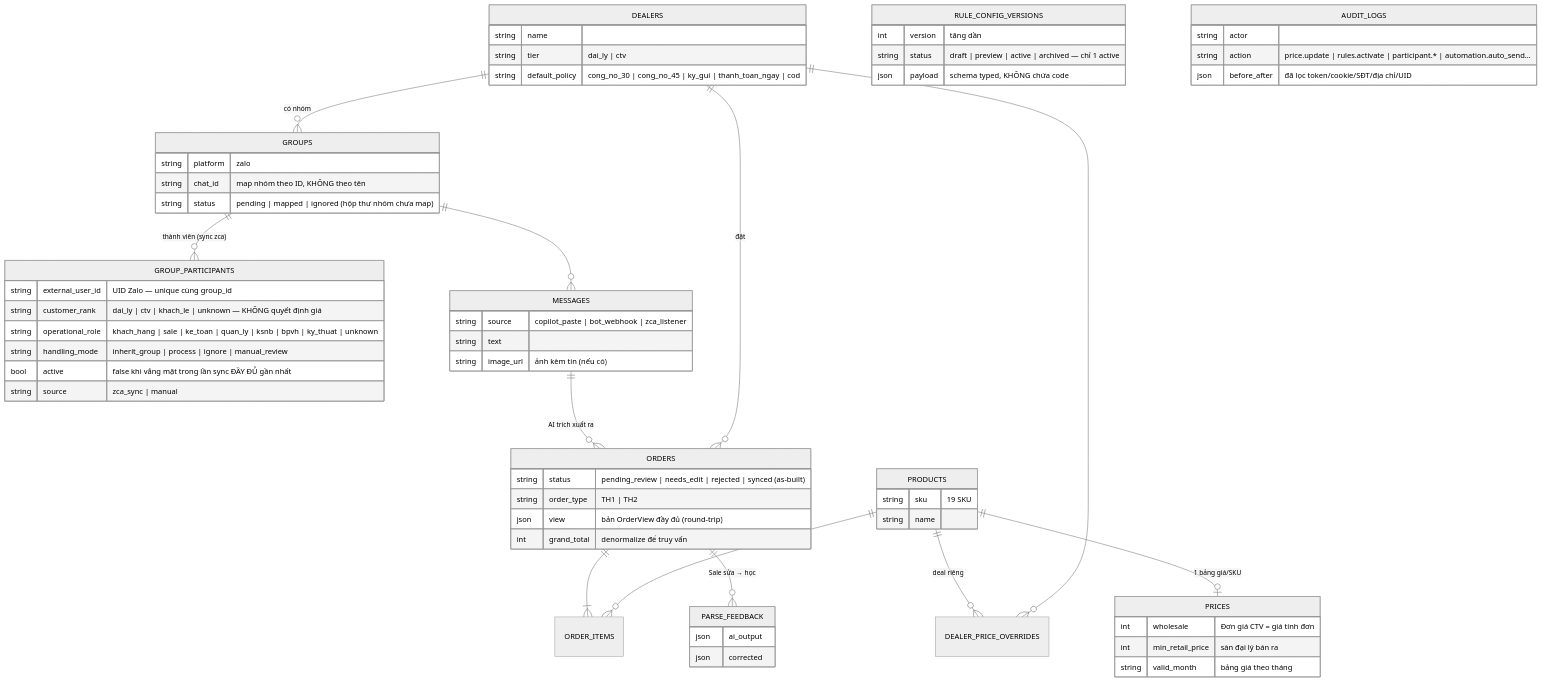
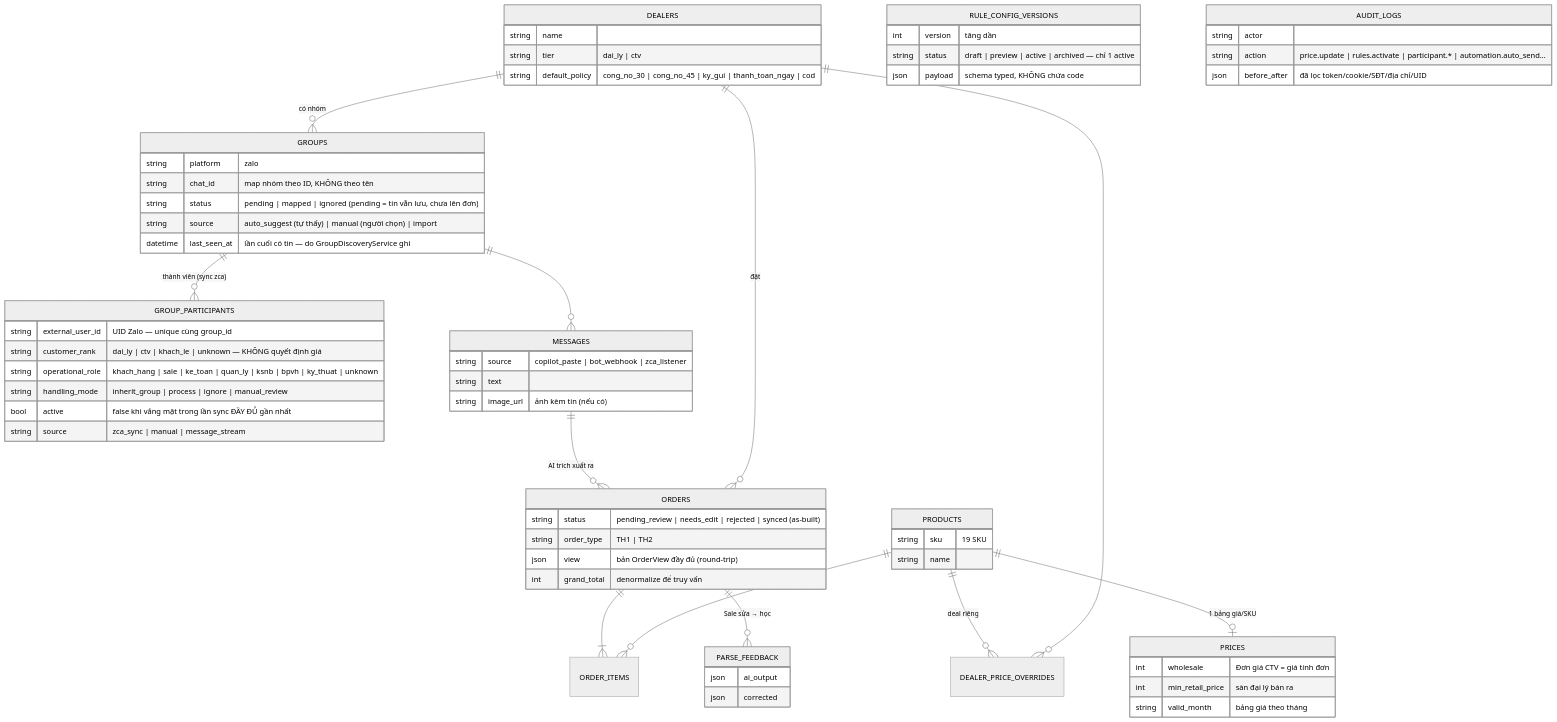
One commit to phungtienviet14-sketch/nexagnet-platform changed the tenth of 12 diagrams in docs/so-do-he-thong.md. Above: the diagram before and after it, drawn with Mermaid (neutral theme). The commit also changed other lines of this file and 1 other file, not shown here.

First line of the commit message:
docs: ghi lai dot khai thac hai kenh hybrid va duong vong danh sach thanh vien

````diff
--- a/docs/so-do-he-thong.md
+++ b/docs/so-do-he-thong.md
@@ -390,67 +404,69 @@
 ```mermaid
 erDiagram
     DEALERS ||--o{ GROUPS : "có nhóm"
     GROUPS ||--o{ GROUP_PARTICIPANTS : "thành viên (sync zca)"
     GROUPS ||--o{ MESSAGES : ""
     MESSAGES ||--o{ ORDERS : "AI trích xuất ra"
     ORDERS ||--|{ ORDER_ITEMS : ""
     PRODUCTS ||--o{ ORDER_ITEMS : ""
     PRODUCTS ||--o| PRICES : "1 bảng giá/SKU"
     PRODUCTS ||--o{ DEALER_PRICE_OVERRIDES : "deal riêng"
     DEALERS ||--o{ DEALER_PRICE_OVERRIDES : ""
     DEALERS ||--o{ ORDERS : "đặt"
     ORDERS ||--o{ PARSE_FEEDBACK : "Sale sửa → học"
 
     DEALERS {
         string name
         string tier "dai_ly | ctv"
         string default_policy "cong_no_30 | cong_no_45 | ky_gui | thanh_toan_ngay | cod"
     }
     GROUPS {
         string platform "zalo"
         string chat_id "map nhóm theo ID, KHÔNG theo tên"
-        string status "pending | mapped | ignored (hộp thư nhóm chưa map)"
+        string status "pending | mapped | ignored (pending = tin vẫn lưu, chưa lên đơn)"
+        string source "auto_suggest (tự thấy) | manual (người chọn) | import"
+        datetime last_seen_at "lần cuối có tin — do GroupDiscoveryService ghi"
     }
     MESSAGES {
         string source "copilot_paste | bot_webhook | zca_listener"
         string text
         string image_url "ảnh kèm tin (nếu có)"
     }
     ORDERS {
         string status "pending_review | needs_edit | rejected | synced (as-built)"
         string order_type "TH1 | TH2"
         json view "bản OrderView đầy đủ (round-trip)"
         int grand_total "denormalize để truy vấn"
     }
     PRODUCTS {
         string sku "19 SKU"
         string name
     }
     PRICES {
         int wholesale "Đơn giá CTV = giá tính đơn"
         int min_retail_price "sàn đại lý bán ra"
         string valid_month "bảng giá theo tháng"
     }
     GROUP_PARTICIPANTS {
         string external_user_id "UID Zalo — unique cùng group_id"
         string customer_rank "dai_ly | ctv | khach_le | unknown — KHÔNG quyết định giá"
         string operational_role "khach_hang | sale | ke_toan | quan_ly | ksnb | bpvh | ky_thuat | unknown"
         string handling_mode "inherit_group | process | ignore | manual_review"
         bool active "false khi vắng mặt trong lần sync ĐẦY ĐỦ gần nhất"
-        string source "zca_sync | manual"
+        string source "zca_sync | manual | message_stream"
     }
     RULE_CONFIG_VERSIONS {
         int version "tăng dần"
         string status "draft | preview | active | archived — chỉ 1 active"
         json payload "schema typed, KHÔNG chứa code"
     }
     AUDIT_LOGS {
         string actor
         string action "price.update | rules.activate | participant.* | automation.auto_send…"
         json before_after "đã lọc token/cookie/SĐT/địa chỉ/UID"
     }
     PARSE_FEEDBACK {
         json ai_output
         json corrected
     }
 ```
````
